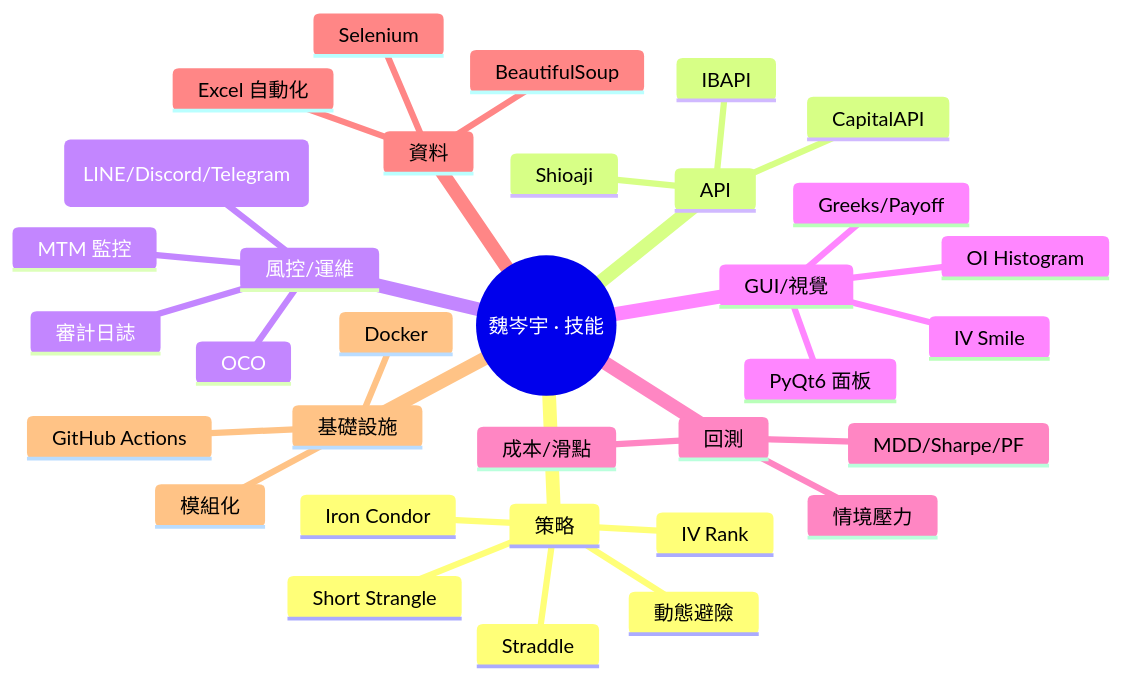
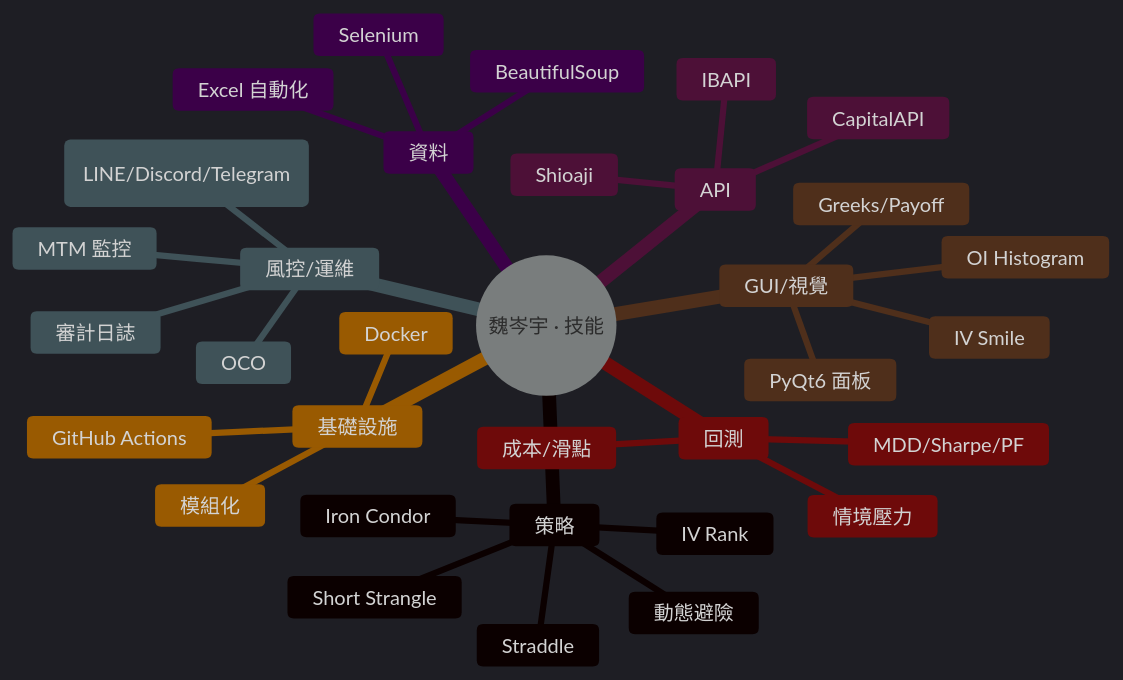
One commit to Weitsenyu/Weitsenyu changed the third of 4 diagrams in README.md. Above: the diagram before and after it, drawn with Mermaid. The commit also changed other lines of this file, not shown here.

````diff
--- a/README.md
+++ b/README.md
@@ -330,36 +240,37 @@
 ```mermaid
+%%{init: {'theme': 'dark', 'themeVariables': { 'fontSize': '16px', 'primaryColor': '#22272e', 'lineColor': '#9fb3c8'}} }%%
 mindmap
   root((魏岑宇 · 技能))
     策略
       Short Strangle
       Iron Condor
       Straddle
       IV Rank
       動態避險
     API
       Shioaji
       CapitalAPI
       IBAPI
     風控/運維
       OCO
       MTM 監控
       告警 (LINE/Discord/Telegram)
       審計日誌
     GUI/視覺
       PyQt6 面板
       IV Smile
       OI Histogram
       Greeks/Payoff
     回測
       成本/滑點
       MDD/Sharpe/PF
       情境壓力
     資料
       Selenium
       BeautifulSoup
       Excel 自動化
     基礎設施
       Docker
       GitHub Actions
       模組化
 ```
````
